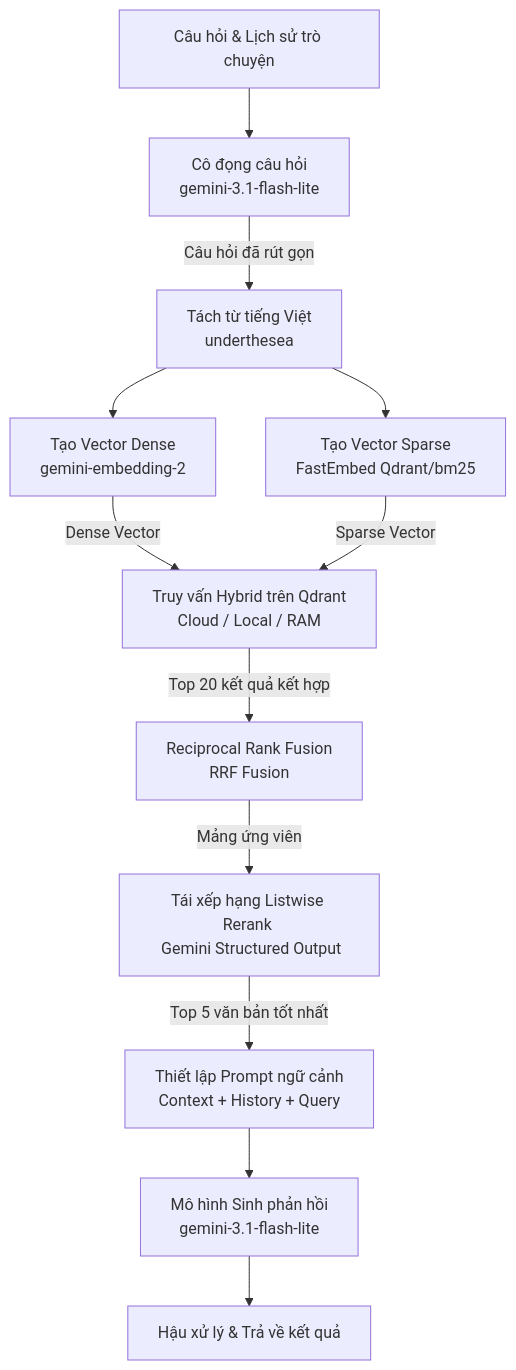
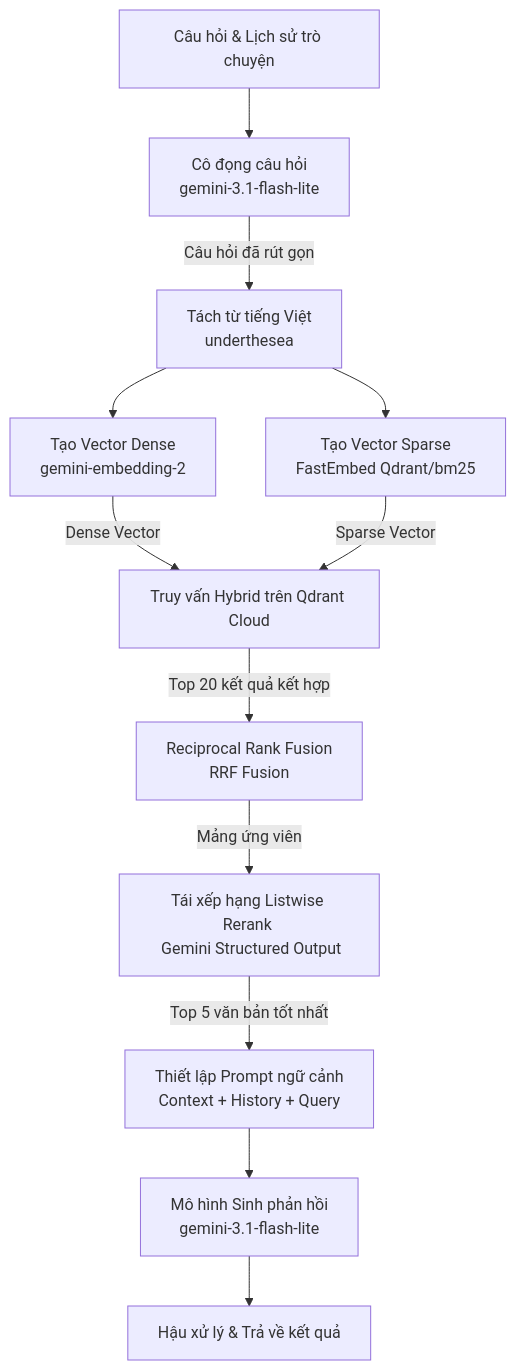
The diagram in README.md (VictorNguyenLPN/Legal-RAG), drawn with Mermaid before and after one commit. The commit also changed other lines of this file and 15 other files, not shown here.

````diff
--- a/README.md
+++ b/README.md
@@ -68,14 +65,14 @@
 ```mermaid
 graph TD
     A[Câu hỏi & Lịch sử trò chuyện] --> B[Cô đọng câu hỏi <br/> gemini-3.1-flash-lite]
     B -->|Câu hỏi đã rút gọn| C[Tách từ tiếng Việt <br/> underthesea]
     C --> C1[Tạo Vector Dense <br/> gemini-embedding-2]
     C --> C2[Tạo Vector Sparse <br/> FastEmbed Qdrant/bm25]
-    C1 -->|Dense Vector| D[Truy vấn Hybrid trên Qdrant <br/> Cloud / Local / RAM]
+    C1 -->|Dense Vector| D[Truy vấn Hybrid trên Qdrant Cloud]
     C2 -->|Sparse Vector| D
     D -->|Top 20 kết quả kết hợp| E[Reciprocal Rank Fusion <br/> RRF Fusion]
     E -->|Mảng ứng viên| F[Tái xếp hạng Listwise Rerank <br/> Gemini Structured Output]
     F -->|Top 5 văn bản tốt nhất| G[Thiết lập Prompt ngữ cảnh <br/> Context + History + Query]
     G --> H[Mô hình Sinh phản hồi <br/> gemini-3.1-flash-lite]
     H --> I[Hậu xử lý & Trả về kết quả]
 ```
````
